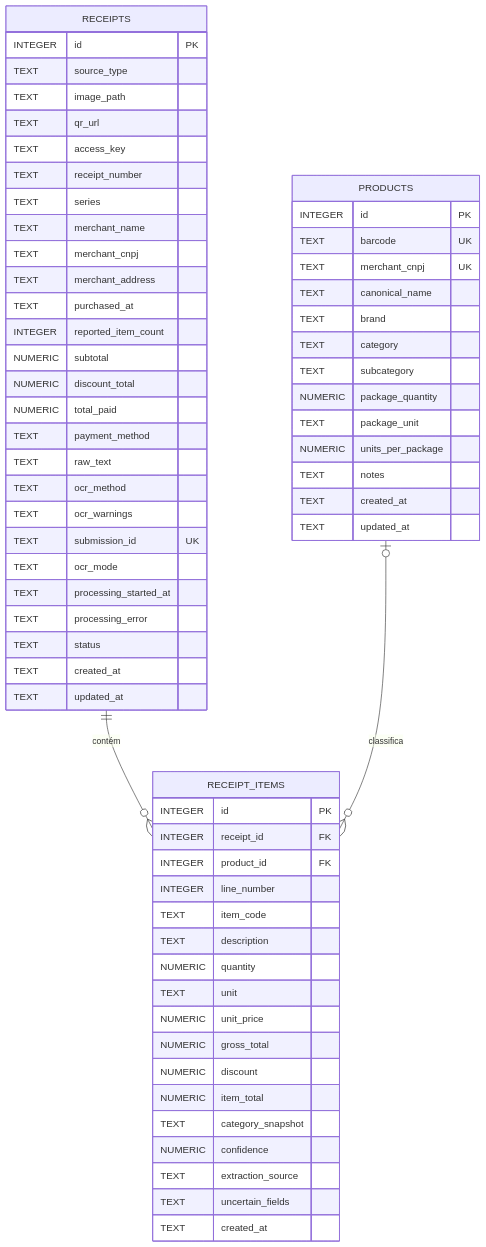
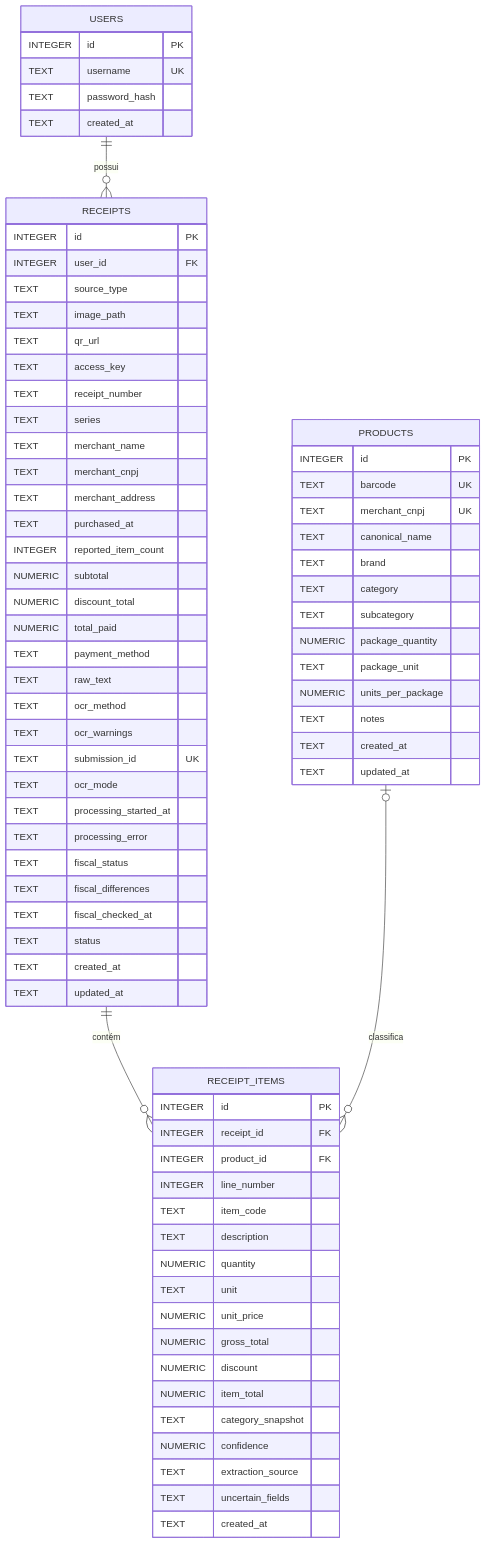
The second of 2 diagrams in README.md (lhpereira/controle-mercado), drawn with Mermaid before and after one commit. The commit also changed other lines of this file, not shown here.

````diff
--- a/README.md
+++ b/README.md
@@ -278,70 +286,82 @@
 ```mermaid
 erDiagram
+    USERS ||--o{ RECEIPTS : "possui"
     RECEIPTS ||--o{ RECEIPT_ITEMS : "contém"
     PRODUCTS o|--o{ RECEIPT_ITEMS : "classifica"
 
+    USERS {
+        INTEGER id PK
+        TEXT username UK
+        TEXT password_hash
+        TEXT created_at
+    }
+
     RECEIPTS {
         INTEGER id PK
+        INTEGER user_id FK
         TEXT source_type
         TEXT image_path
         TEXT qr_url
         TEXT access_key
         TEXT receipt_number
         TEXT series
         TEXT merchant_name
         TEXT merchant_cnpj
         TEXT merchant_address
         TEXT purchased_at
         INTEGER reported_item_count
         NUMERIC subtotal
         NUMERIC discount_total
         NUMERIC total_paid
         TEXT payment_method
         TEXT raw_text
         TEXT ocr_method
         TEXT ocr_warnings
         TEXT submission_id UK
         TEXT ocr_mode
         TEXT processing_started_at
         TEXT processing_error
+        TEXT fiscal_status
+        TEXT fiscal_differences
+        TEXT fiscal_checked_at
         TEXT status
         TEXT created_at
         TEXT updated_at
     }
 
     PRODUCTS {
         INTEGER id PK
         TEXT barcode UK
         TEXT merchant_cnpj UK
         TEXT canonical_name
         TEXT brand
         TEXT category
         TEXT subcategory
         NUMERIC package_quantity
         TEXT package_unit
         NUMERIC units_per_package
         TEXT notes
         TEXT created_at
         TEXT updated_at
     }
 
     RECEIPT_ITEMS {
         INTEGER id PK
         INTEGER receipt_id FK
         INTEGER product_id FK
         INTEGER line_number
         TEXT item_code
         TEXT description
         NUMERIC quantity
         TEXT unit
         NUMERIC unit_price
         NUMERIC gross_total
         NUMERIC discount
         NUMERIC item_total
         TEXT category_snapshot
         NUMERIC confidence
         TEXT extraction_source
         TEXT uncertain_fields
         TEXT created_at
     }
 ```
````
